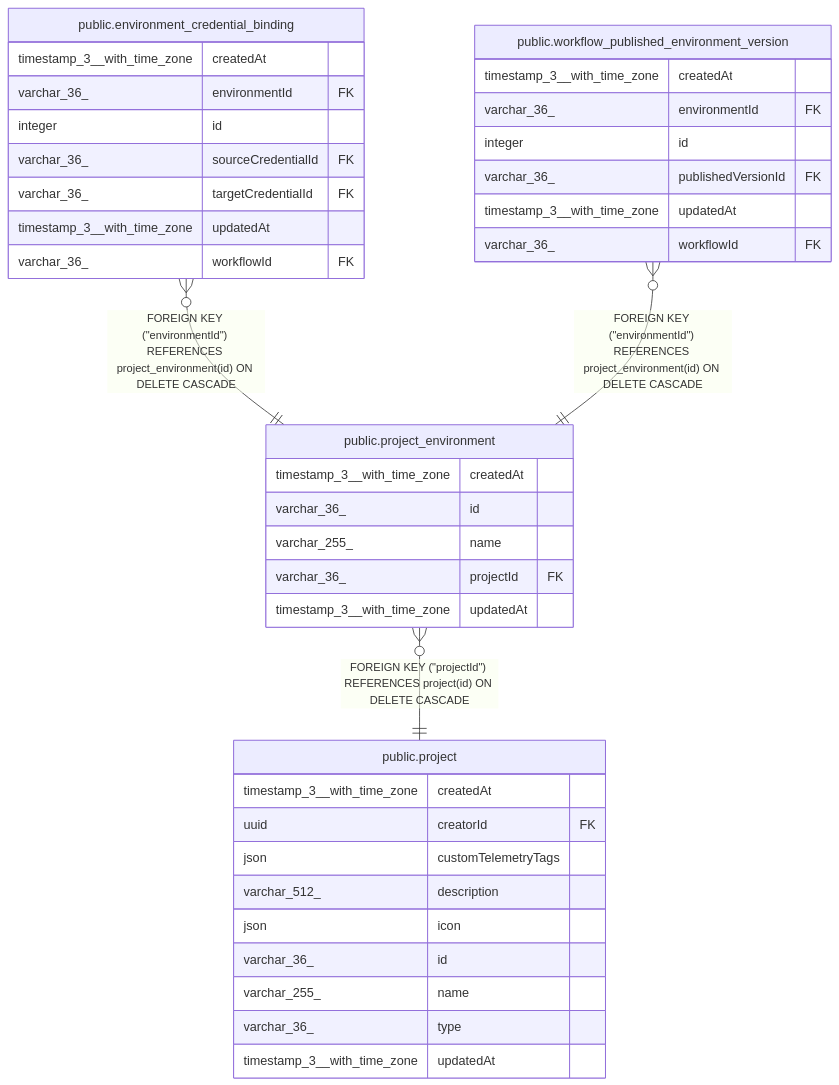
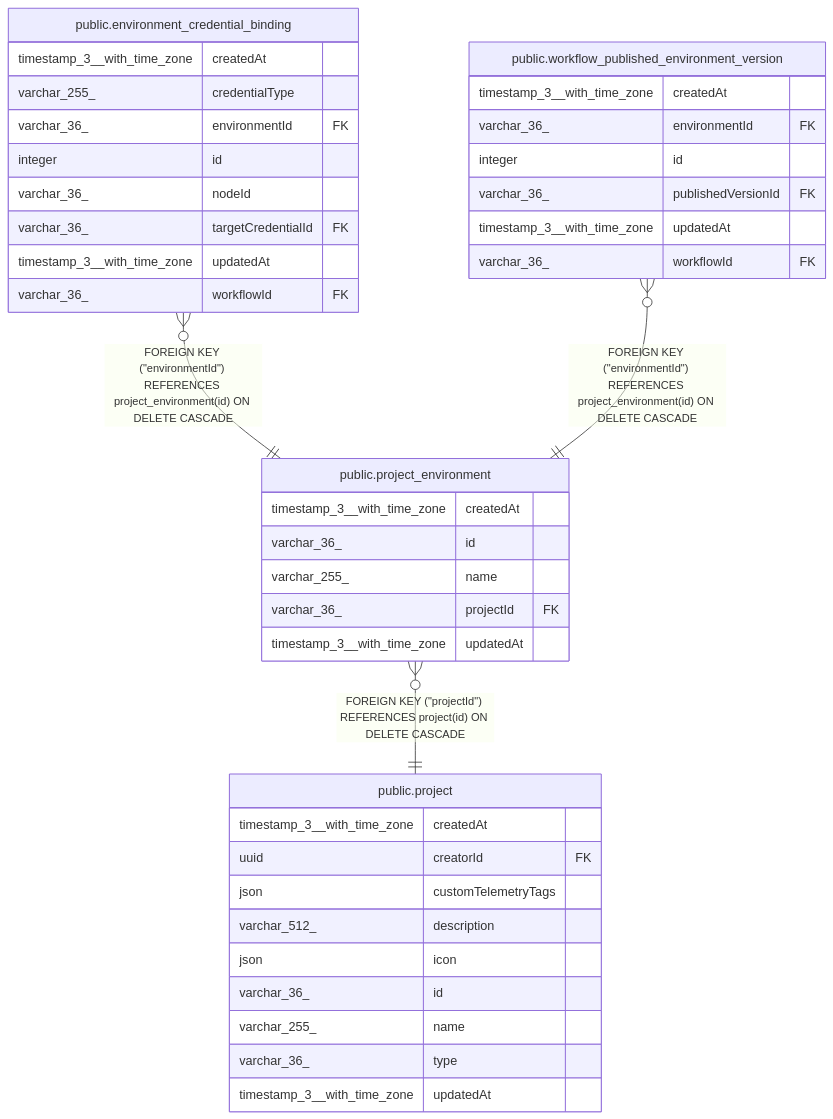
Before and after one commit to mayankjain1815-commits/n8n: the diagram in docs/generated/postgres-schema/public.project_environment.md, drawn with Mermaid. The commit also changed 18 other files, not shown here.

Commit message:
One-shot nodeId discriminator for credential bindings

````diff
--- a/docs/generated/postgres-schema/public.project_environment.md
+++ b/docs/generated/postgres-schema/public.project_environment.md
@@ -34,43 +34,44 @@
 ```mermaid
 erDiagram
 
 "public.environment_credential_binding" }o--|| "public.project_environment" : "FOREIGN KEY (#quot;environmentId#quot;) REFERENCES project_environment(id) ON DELETE CASCADE"
 "public.workflow_published_environment_version" }o--|| "public.project_environment" : "FOREIGN KEY (#quot;environmentId#quot;) REFERENCES project_environment(id) ON DELETE CASCADE"
 "public.project_environment" }o--|| "public.project" : "FOREIGN KEY (#quot;projectId#quot;) REFERENCES project(id) ON DELETE CASCADE"
 
 "public.project_environment" {
   timestamp_3__with_time_zone createdAt
   varchar_36_ id
   varchar_255_ name
   varchar_36_ projectId FK
   timestamp_3__with_time_zone updatedAt
 }
 "public.environment_credential_binding" {
   timestamp_3__with_time_zone createdAt
+  varchar_255_ credentialType
   varchar_36_ environmentId FK
   integer id
-  varchar_36_ sourceCredentialId FK
+  varchar_36_ nodeId
   varchar_36_ targetCredentialId FK
   timestamp_3__with_time_zone updatedAt
   varchar_36_ workflowId FK
 }
 "public.workflow_published_environment_version" {
   timestamp_3__with_time_zone createdAt
   varchar_36_ environmentId FK
   integer id
   varchar_36_ publishedVersionId FK
   timestamp_3__with_time_zone updatedAt
   varchar_36_ workflowId FK
 }
 "public.project" {
   timestamp_3__with_time_zone createdAt
   uuid creatorId FK
   json customTelemetryTags
   varchar_512_ description
   json icon
   varchar_36_ id
   varchar_255_ name
   varchar_36_ type
   timestamp_3__with_time_zone updatedAt
 }
 ```
````
